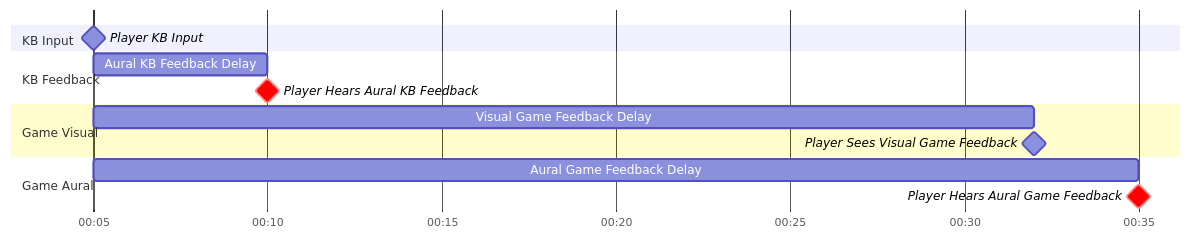
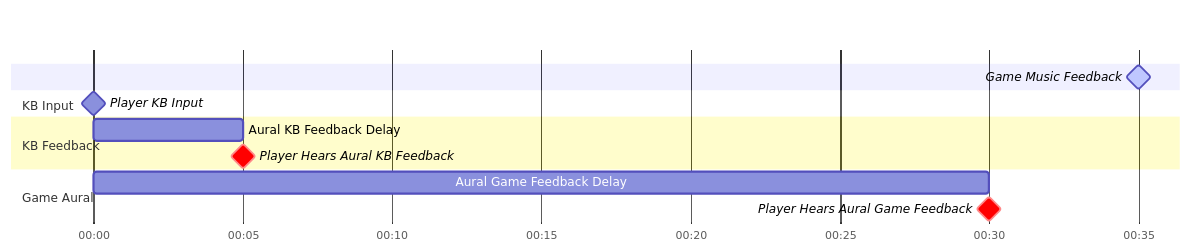
The fifth of 14 diagrams in _posts/2024-10-04-hitsounds.md (Eve-ning/Eve-ning.github.io), drawn with Mermaid before and after one commit. The commit also changed other lines of this file, not shown here.

````diff
--- a/_posts/2024-10-04-hitsounds.md
+++ b/_posts/2024-10-04-hitsounds.md
@@ -194,19 +213,17 @@
 ```mermaid
 gantt
   dateFormat mm:ss
   axisFormat %M:%S
+
+  Game Music Feedback: active, milestone, 00:35,
   section KB Input
-    Player KB Input: milestone, 00:05,
+    Player KB Input: milestone, 00:00,
 
   section KB Feedback
-    Aural KB Feedback Delay: 00:05, 00:10
-    Player Hears Aural KB Feedback: crit, milestone, 00:10,
-
-  section Game Visual
-    Visual Game Feedback Delay: 00:05, 00:32
-    Player Sees Visual Game Feedback: milestone, 00:32,
+    Aural KB Feedback Delay: 00:00, 00:05
+    Player Hears Aural KB Feedback: crit, milestone, 00:05,
 
   section Game Aural
-    Aural Game Feedback Delay: 00:05, 00:35
-    Player Hears Aural Game Feedback: crit, milestone, 00:35,
+    Aural Game Feedback Delay: 00:00, 00:30
+    Player Hears Aural Game Feedback: crit, milestone, 00:30,
 ```
````
